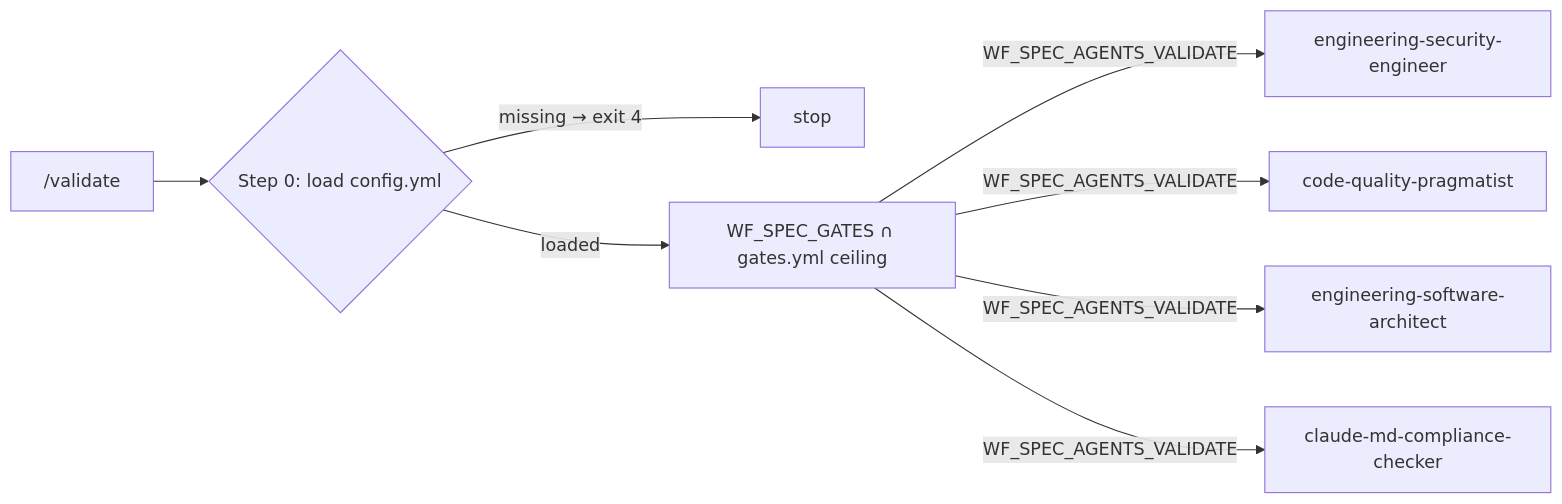
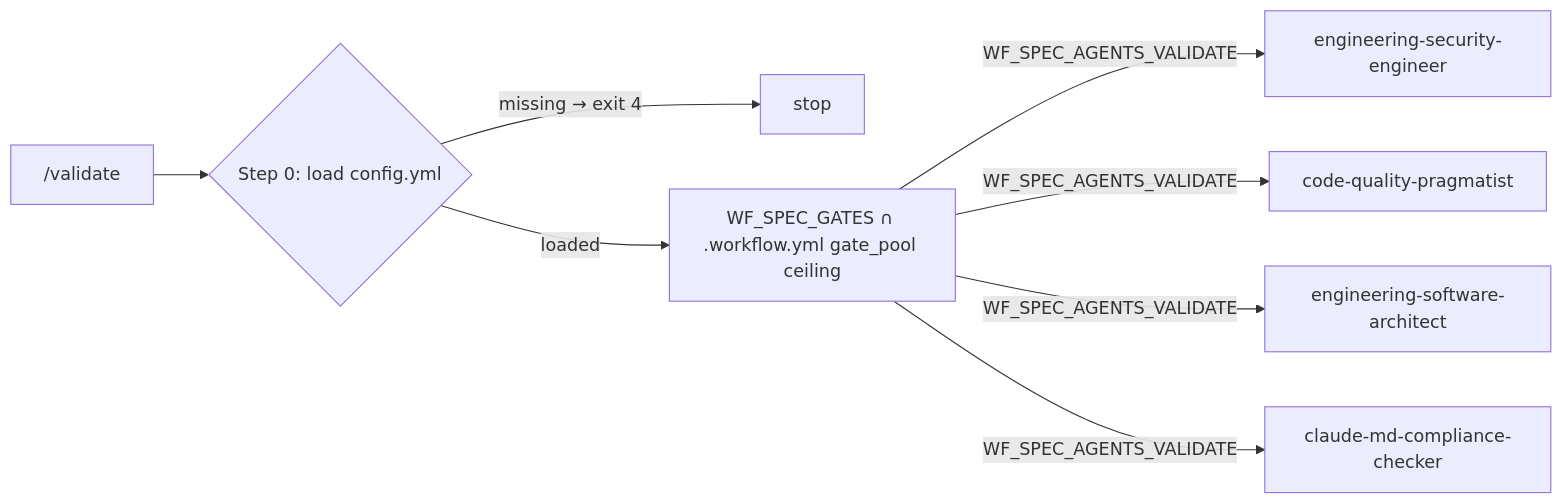
One commit to AlarQ/SDD-hub changed the tenth of 16 diagrams in docs/workflow-diagram.md. Above: the diagram before and after it, drawn with Mermaid. The commit also changed other lines of this file and 102 other files, not shown here.

````diff
--- a/docs/workflow-diagram.md
+++ b/docs/workflow-diagram.md
@@ -367,10 +365,10 @@
 ```mermaid
 graph LR
     VA["/validate"] --> CFG0{Step 0: load config.yml}
     CFG0 -->|missing → exit 4| STOP_VA[stop]
-    CFG0 -->|loaded| CEIL["WF_SPEC_GATES ∩ gates.yml ceiling"]
+    CFG0 -->|loaded| CEIL["WF_SPEC_GATES ∩ .workflow.yml gate_pool ceiling"]
     CEIL -->|WF_SPEC_AGENTS_VALIDATE| SE[engineering-security-engineer]
     CEIL -->|WF_SPEC_AGENTS_VALIDATE| CQP[code-quality-pragmatist]
     CEIL -->|WF_SPEC_AGENTS_VALIDATE| SA[engineering-software-architect]
     CEIL -->|WF_SPEC_AGENTS_VALIDATE| CMC[claude-md-compliance-checker]
 ```
````
